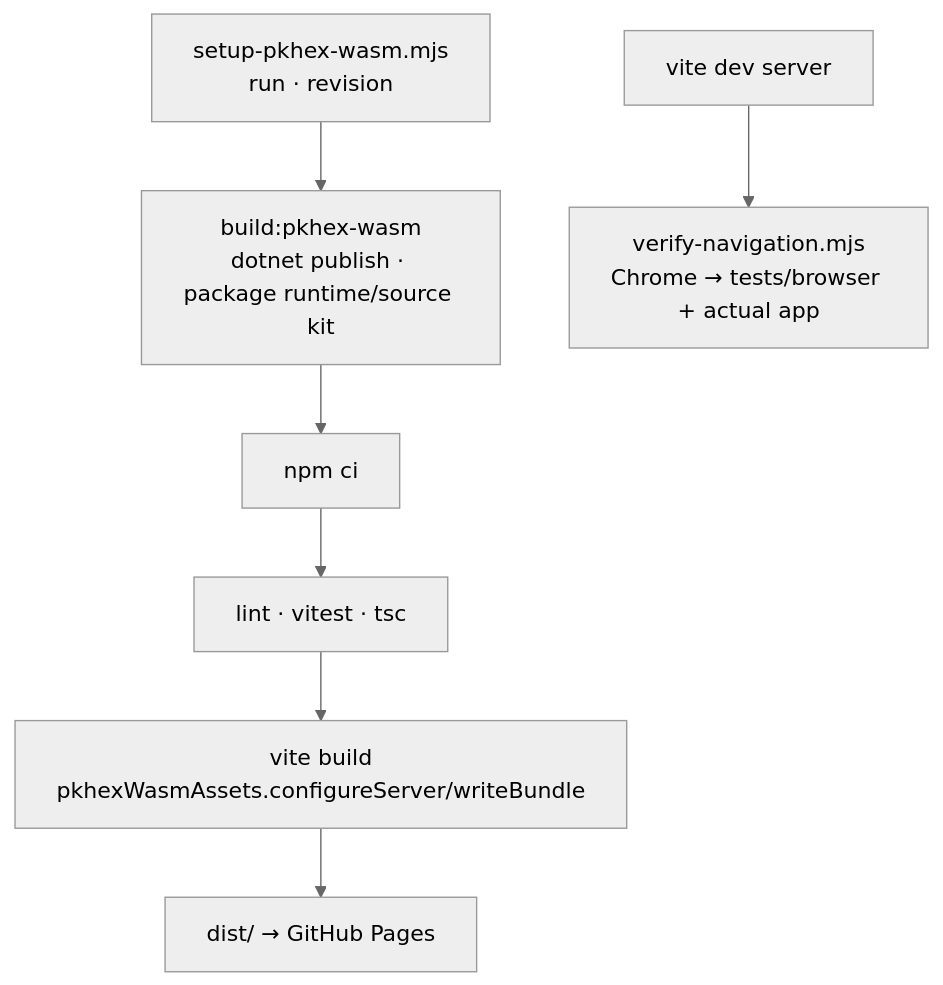
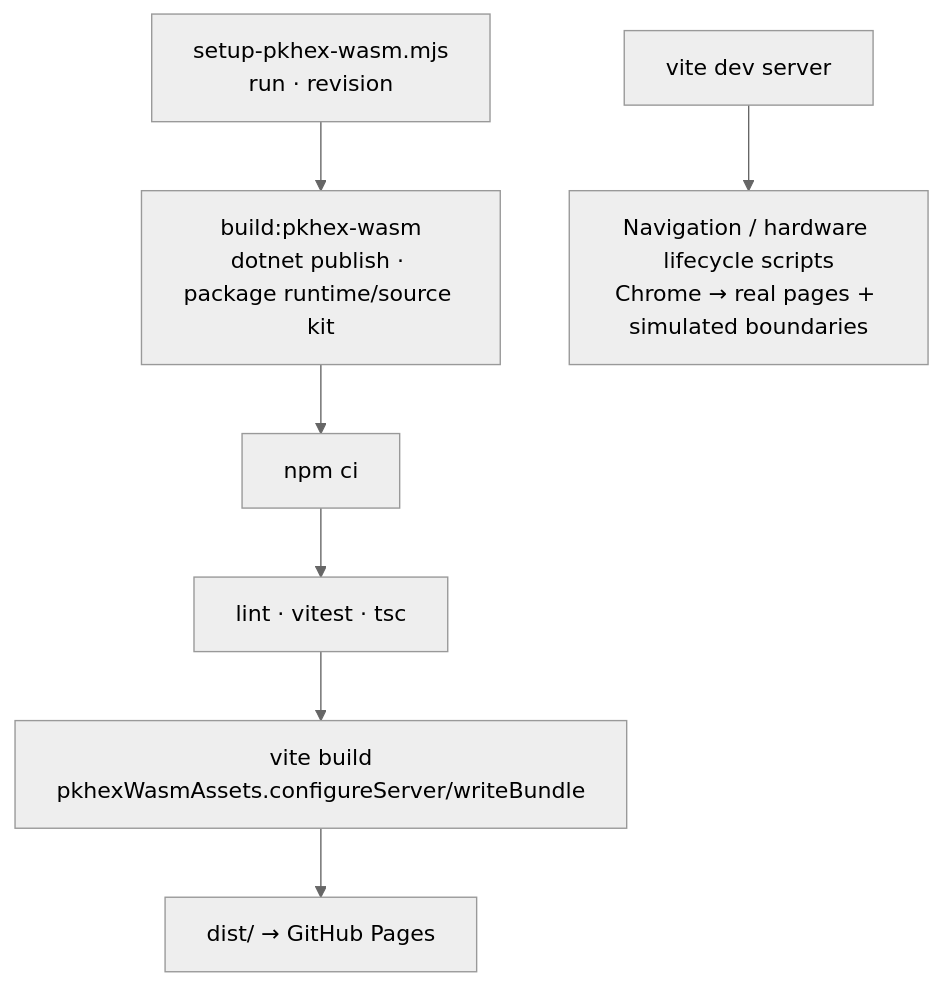
One commit to MercuryEnigma/pkcamp changed the diagram in docs/ARCHITECTURE.md. Above: the diagram before and after it, drawn with Mermaid (neutral theme). The commit also changed other lines of this file and 133 other files, not shown here.

````diff
--- a/docs/ARCHITECTURE.md
+++ b/docs/ARCHITECTURE.md
@@ -17,9 +19,9 @@
 ```mermaid
 flowchart TB
   Setup["setup-pkhex-wasm.mjs<br/>run · revision"] --> Vendor["build:pkhex-wasm<br/>dotnet publish · package runtime/source kit"]
   Vendor --> Install["npm ci"]
   Install --> Checks["lint · vitest · tsc"]
   Checks --> Build["vite build<br/>pkhexWasmAssets.configureServer/writeBundle"]
   Build --> Pages["dist/ → GitHub Pages"]
-  Dev["vite dev server"] --> Browser["verify-navigation.mjs<br/>Chrome → tests/browser + actual app"]
+  Dev["vite dev server"] --> Browser["Navigation / hardware lifecycle scripts<br/>Chrome → real pages + simulated boundaries"]
 ```
````
